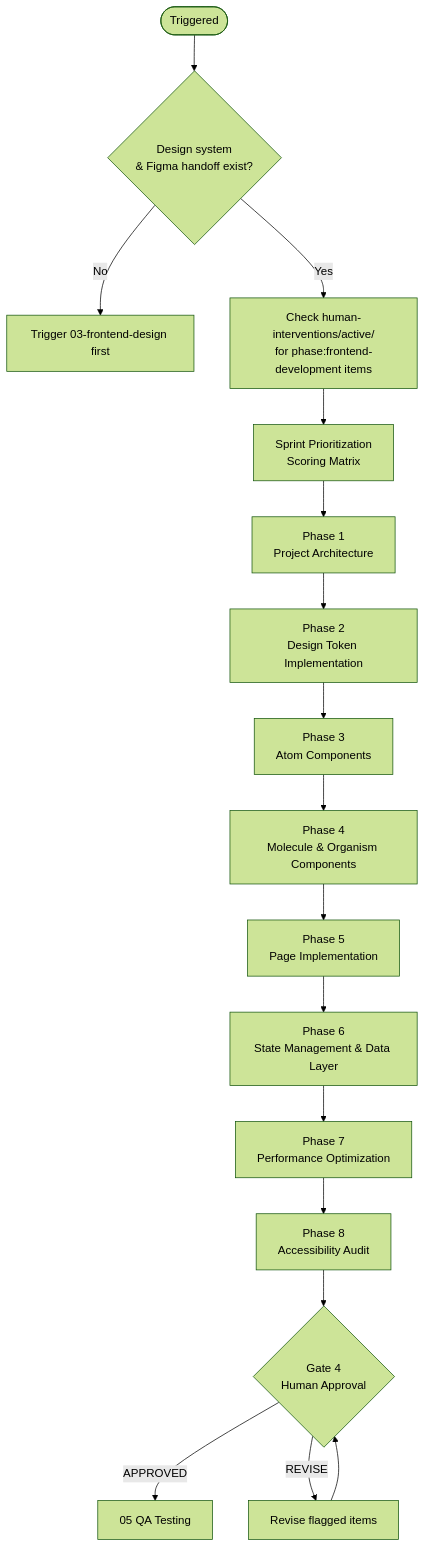
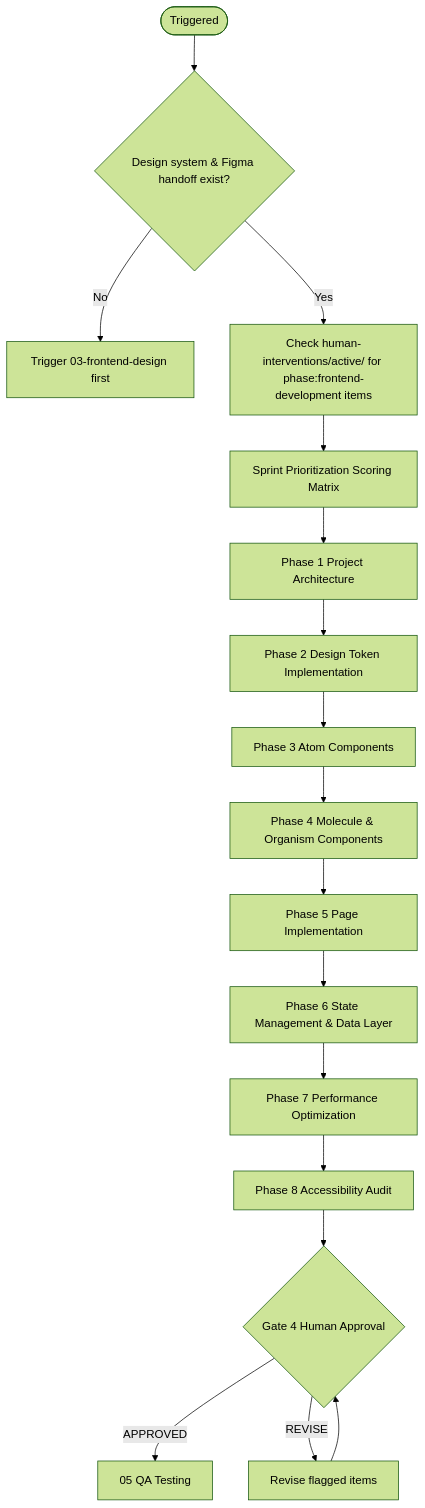
One commit to ivanyeors/product-agentic-templates changed the first of 2 diagrams in .cursor/skills/04-frontend-development/SKILL.md. Above: the diagram before and after it, drawn with Mermaid (forest theme). The commit also changed other lines of this file and 39 other files, not shown here.

````diff
--- a/.cursor/skills/04-frontend-development/SKILL.md
+++ b/.cursor/skills/04-frontend-development/SKILL.md
@@ -37,19 +37,19 @@
 ```mermaid
 flowchart TD
-    start([Triggered]) --> prereq{Design system\n& Figma handoff exist?}
+    start([Triggered]) --> prereq{Design system & Figma handoff exist?}
     prereq -->|No| block[Trigger 03-frontend-design first]
-    prereq -->|Yes| hi_check[Check human-interventions/active/\nfor phase:frontend-development items]
-    hi_check --> pri[Sprint Prioritization\nScoring Matrix]
-    pri --> s1[Phase 1\nProject Architecture]
-    s1 --> s2[Phase 2\nDesign Token Implementation]
-    s2 --> s3[Phase 3\nAtom Components]
-    s3 --> s4[Phase 4\nMolecule & Organism Components]
-    s4 --> s5[Phase 5\nPage Implementation]
-    s5 --> s6[Phase 6\nState Management & Data Layer]
-    s6 --> s7[Phase 7\nPerformance Optimization]
-    s7 --> s8[Phase 8\nAccessibility Audit]
-    s8 --> gate{Gate 4\nHuman Approval}
+    prereq -->|Yes| hi_check[Check human-interventions/active/ for phase:frontend-development items]
+    hi_check --> pri[Sprint Prioritization Scoring Matrix]
+    pri --> s1[Phase 1 Project Architecture]
+    s1 --> s2[Phase 2 Design Token Implementation]
+    s2 --> s3[Phase 3 Atom Components]
+    s3 --> s4[Phase 4 Molecule & Organism Components]
+    s4 --> s5[Phase 5 Page Implementation]
+    s5 --> s6[Phase 6 State Management & Data Layer]
+    s6 --> s7[Phase 7 Performance Optimization]
+    s7 --> s8[Phase 8 Accessibility Audit]
+    s8 --> gate{Gate 4 Human Approval}
     gate -->|APPROVED| next[05 QA Testing]
     gate -->|REVISE| revise[Revise flagged items]
     revise --> gate
 ```
````
